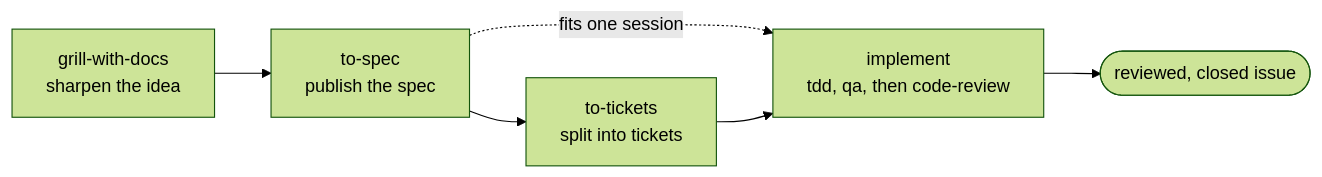
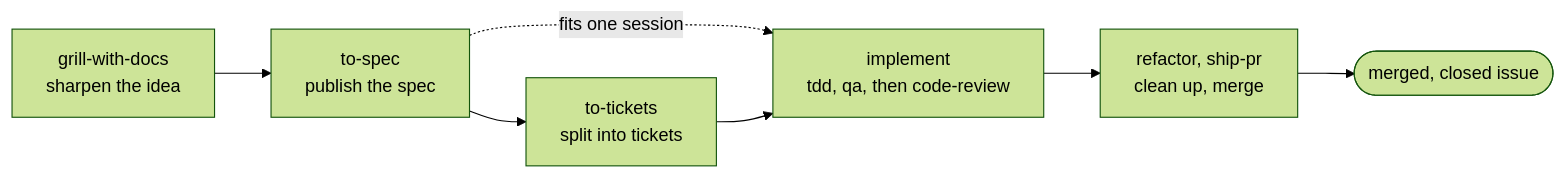
Before and after one commit to svyatov/supermatt: the diagram in README.md, drawn with Mermaid (forest theme). The commit also changed other lines of this file and 49 other files, not shown here.

````diff
--- a/README.md
+++ b/README.md
@@ -83,8 +83,9 @@
 ```mermaid
 flowchart LR
   grill["grill-with-docs<br>sharpen the idea"] --> spec["to-spec<br>publish the spec"]
   spec --> tickets["to-tickets<br>split into tickets"]
   spec -. fits one session .-> implement
   tickets --> implement["implement<br>tdd, qa, then code-review"]
-  implement --> done(["reviewed, closed issue"])
+  implement --> ship["refactor, ship-pr<br>clean up, merge"]
+  ship --> done(["merged, closed issue"])
 ```
````
